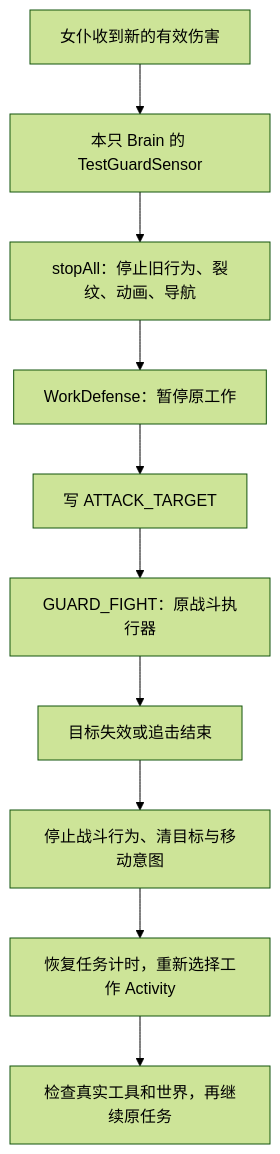
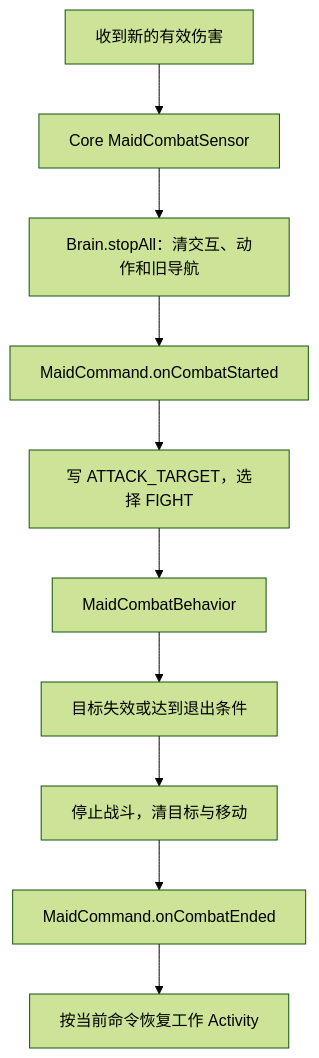
One commit to ozozorz/ai-maid changed the diagram in docs/WORK_DEFENSE.md. Above: the diagram before and after it, drawn with Mermaid (forest theme). The commit also changed other lines of this file and 207 other files, not shown here.

````diff
--- a/docs/WORK_DEFENSE.md
+++ b/docs/WORK_DEFENSE.md
@@ -35,12 +29,12 @@
 ```mermaid
 flowchart TD
-    Hit[女仆收到新的有效伤害] --> Sensor[本只 Brain 的 TestGuardSensor]
-    Sensor --> Stop[stopAll：停止旧行为、裂纹、动画、导航]
-    Stop --> Pause[WorkDefense：暂停原工作]
-    Pause --> Target[写 ATTACK_TARGET]
-    Target --> Fight[GUARD_FIGHT：原战斗执行器]
-    Fight --> End[目标失效或追击结束]
-    End --> Cleanup[停止战斗行为、清目标与移动意图]
-    Cleanup --> Resume[恢复任务计时，重新选择工作 Activity]
-    Resume --> Work[检查真实工具和世界，再继续原任务]
+    Hit[收到新的有效伤害] --> Sensor[Core MaidCombatSensor]
+    Sensor --> Stop[Brain.stopAll：清交互、动作和旧导航]
+    Stop --> Pause[MaidCommand.onCombatStarted]
+    Pause --> Target[写 ATTACK_TARGET，选择 FIGHT]
+    Target --> Fight[MaidCombatBehavior]
+    Fight --> End[目标失效或达到退出条件]
+    End --> Clean[停止战斗，清目标与移动]
+    Clean --> Resume[MaidCommand.onCombatEnded]
+    Resume --> Work[按当前命令恢复工作 Activity]
 ```
````
